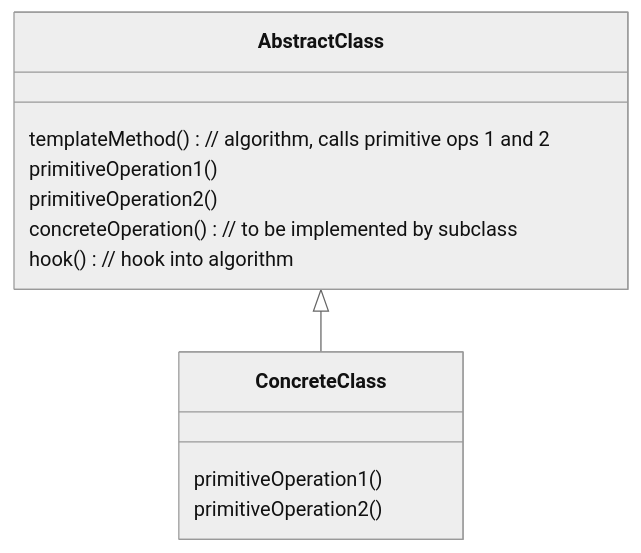
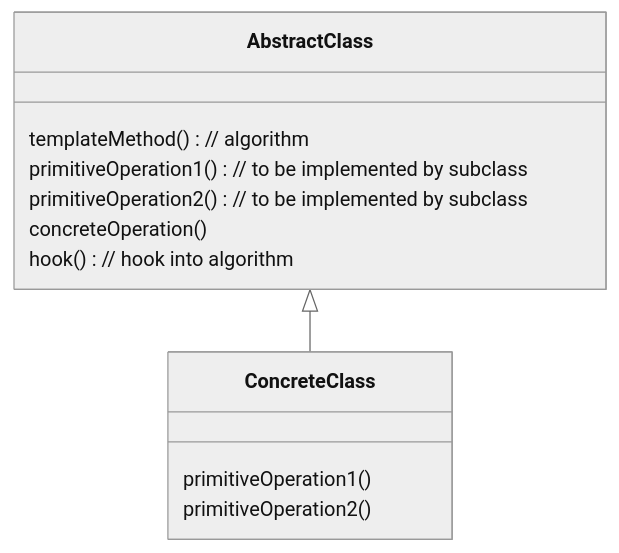
The diagram in content/Design Patterns/Behavioral/Template Pattern.md (akormous/engineering-notes), drawn with Mermaid (neutral theme) before and after one commit. The commit also changed other lines of this file, not shown here.

Commit message:
Update Template Pattern.md

````diff
--- a/content/Design Patterns/Behavioral/Template Pattern.md
+++ b/content/Design Patterns/Behavioral/Template Pattern.md
@@ -12,20 +12,20 @@
 ```mermaid
 classDiagram
 
 class AbstractClass {
-    templateMethod() // algorithm, calls primitive ops 1 and 2
+    templateMethod() // algorithm
     
-    primitiveOperation1()
-    primitiveOperation2()
-    concreteOperation() // to be implemented by subclass
+    primitiveOperation1() // to be implemented by subclass
+    primitiveOperation2() // to be implemented by subclass
+    concreteOperation() 
     hook() // hook into algorithm
 }
 
 class ConcreteClass {
     primitiveOperation1()
     primitiveOperation2()
 }
 
 AbstractClass <|-- ConcreteClass
 
 ```
````
